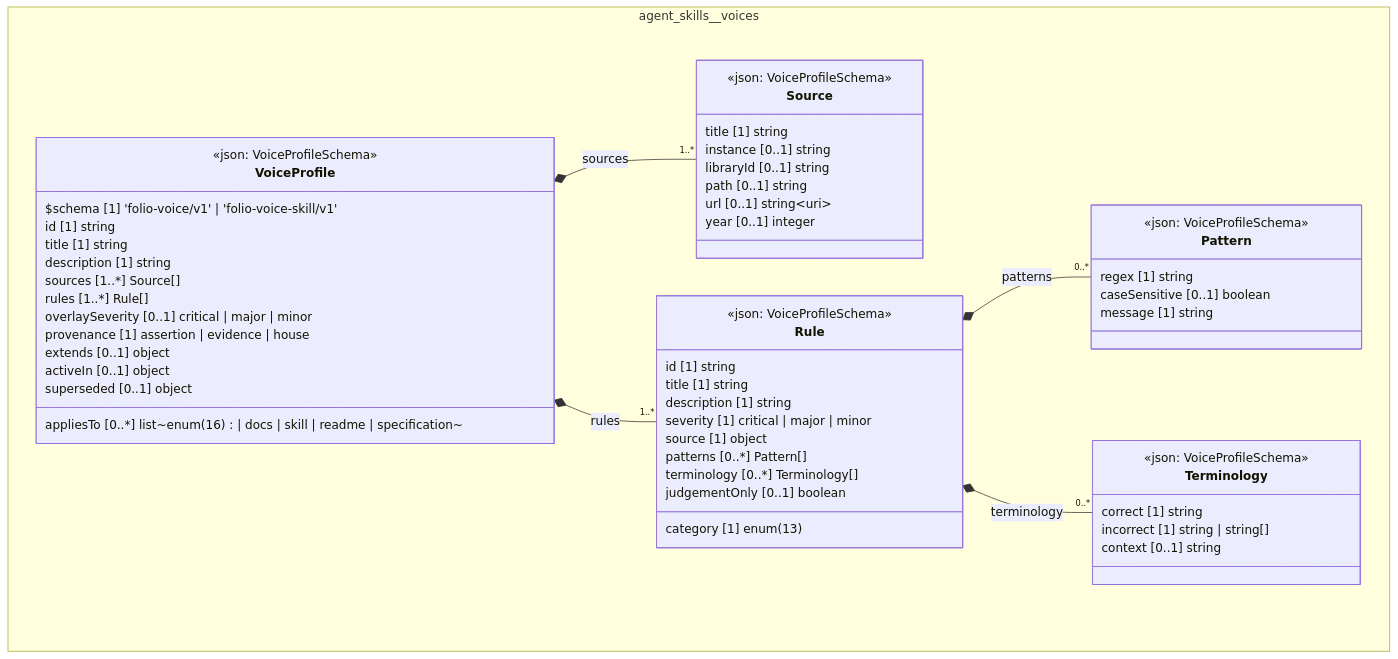
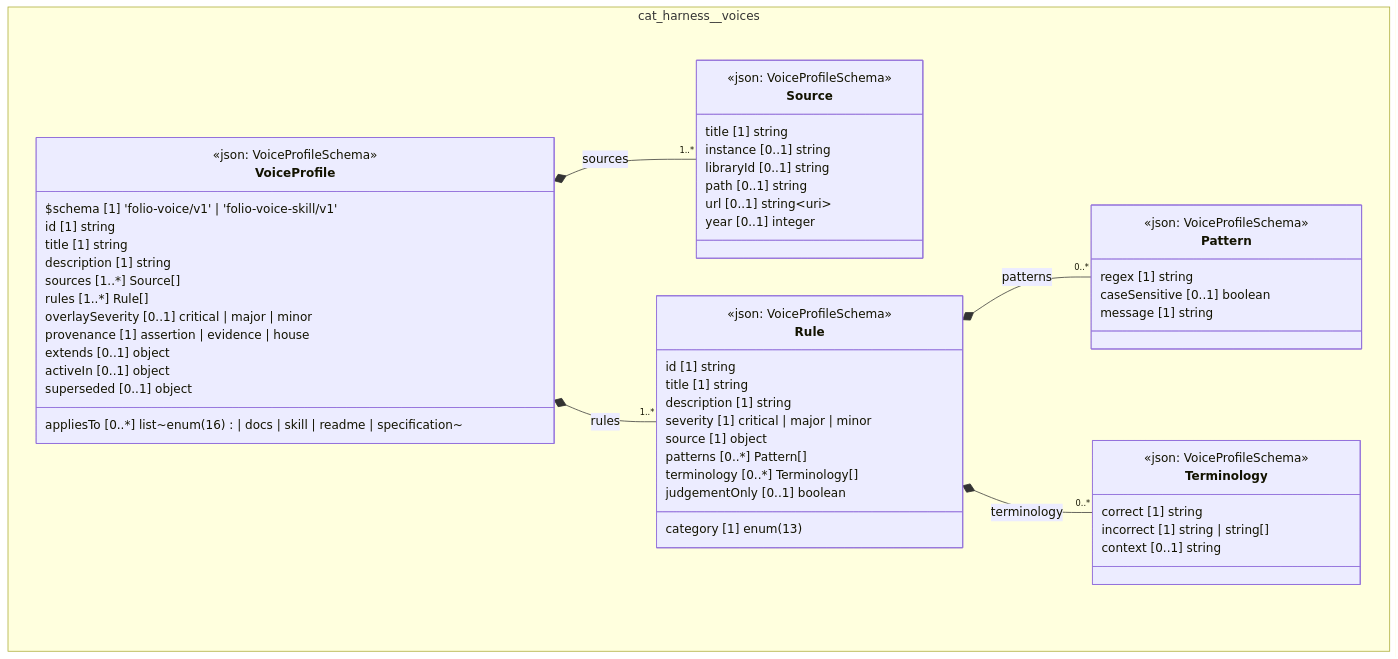
One commit to litlfred/folio-assistant changed the diagram in cat-harness/docs/uml/overview/cat-harness/voices.md. Above: the diagram before and after it, drawn with Mermaid. The commit also changed other lines of this file and 57 other files, not shown here.

````diff
--- a/cat-harness/docs/uml/overview/cat-harness/voices.md
+++ b/cat-harness/docs/uml/overview/cat-harness/voices.md
@@ -42,63 +42,63 @@
 ```mermaid
 classDiagram
   direction TB
-  namespace agent_skills__voices {
-    class agent_skills_voices_Source["Source"] {
+  namespace cat_harness__voices {
+    class cat_harness_voices_Source["Source"] {
       <<json: VoiceProfileSchema>>
       title [1] string
       instance [0..1] string
       libraryId [0..1] string
       path [0..1] string
       url [0..1] string~uri~
       year [0..1] integer
     }
-    class agent_skills_voices_Pattern["Pattern"] {
+    class cat_harness_voices_Pattern["Pattern"] {
       <<json: VoiceProfileSchema>>
       regex [1] string
       caseSensitive [0..1] boolean
       message [1] string
     }
-    class agent_skills_voices_Terminology["Terminology"] {
+    class cat_harness_voices_Terminology["Terminology"] {
       <<json: VoiceProfileSchema>>
       correct [1] string
       incorrect [1] string | string[]
       context [0..1] string
     }
-    class agent_skills_voices_Rule["Rule"] {
+    class cat_harness_voices_Rule["Rule"] {
       <<json: VoiceProfileSchema>>
       id [1] string
       title [1] string
       description [1] string
       category [1] enum(13)
       severity [1] critical | major | minor
       source [1] object
       patterns [0..*] Pattern[]
       terminology [0..*] Terminology[]
       judgementOnly [0..1] boolean
     }
-    class agent_skills_voices_VoiceProfile["VoiceProfile"] {
+    class cat_harness_voices_VoiceProfile["VoiceProfile"] {
       <<json: VoiceProfileSchema>>
       $schema [1] 'folio-voice/v1' | 'folio-voice-skill/v1'
       id [1] string
       title [1] string
       description [1] string
       sources [1..*] Source[]
       rules [1..*] Rule[]
       overlaySeverity [0..1] critical | major | minor
       appliesTo [0..*] list~enum(16) | docs | skill | readme | specification~
       provenance [1] assertion | evidence | house
       extends [0..1] object
       activeIn [0..1] object
       superseded [0..1] object
     }
   }
-  agent_skills_voices_VoiceProfile *-- "1..*" agent_skills_voices_Source : sources
-  agent_skills_voices_Rule *-- "0..*" agent_skills_voices_Pattern : patterns
-  agent_skills_voices_Rule *-- "0..*" agent_skills_voices_Terminology : terminology
-  agent_skills_voices_VoiceProfile *-- "1..*" agent_skills_voices_Rule : rules
-  cssClass "agent_skills_voices_Source" fa_uml_kind_voices
-  cssClass "agent_skills_voices_Pattern" fa_uml_kind_voices
-  cssClass "agent_skills_voices_Terminology" fa_uml_kind_voices
-  cssClass "agent_skills_voices_Rule" fa_uml_kind_voices
-  cssClass "agent_skills_voices_VoiceProfile" fa_uml_kind_voices
+  cat_harness_voices_VoiceProfile *-- "1..*" cat_harness_voices_Source : sources
+  cat_harness_voices_Rule *-- "0..*" cat_harness_voices_Pattern : patterns
+  cat_harness_voices_Rule *-- "0..*" cat_harness_voices_Terminology : terminology
+  cat_harness_voices_VoiceProfile *-- "1..*" cat_harness_voices_Rule : rules
+  cssClass "cat_harness_voices_Source" fa_uml_kind_voices
+  cssClass "cat_harness_voices_Pattern" fa_uml_kind_voices
+  cssClass "cat_harness_voices_Terminology" fa_uml_kind_voices
+  cssClass "cat_harness_voices_Rule" fa_uml_kind_voices
+  cssClass "cat_harness_voices_VoiceProfile" fa_uml_kind_voices
 ```
````
